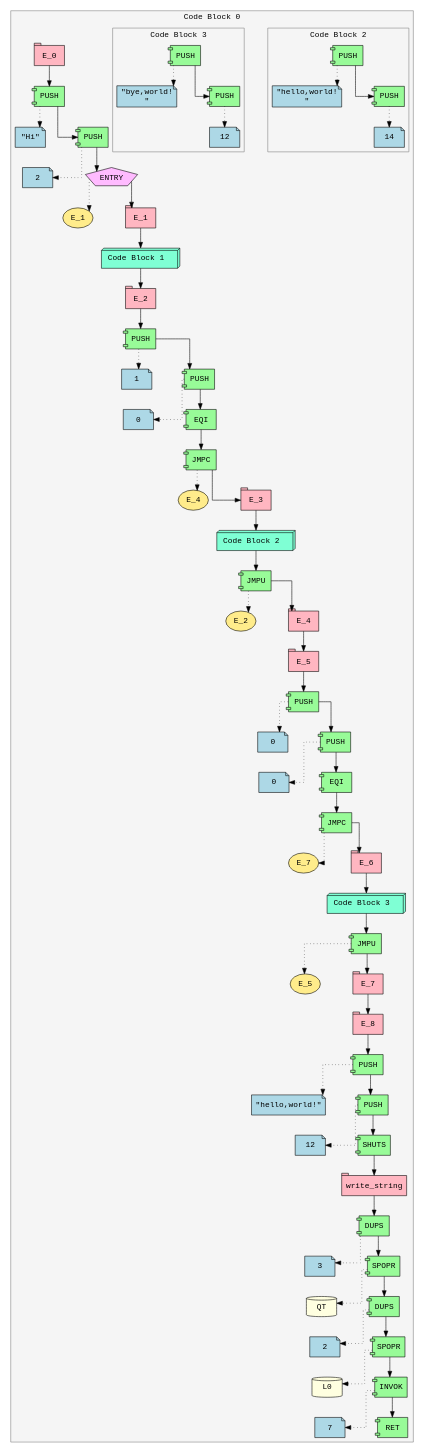
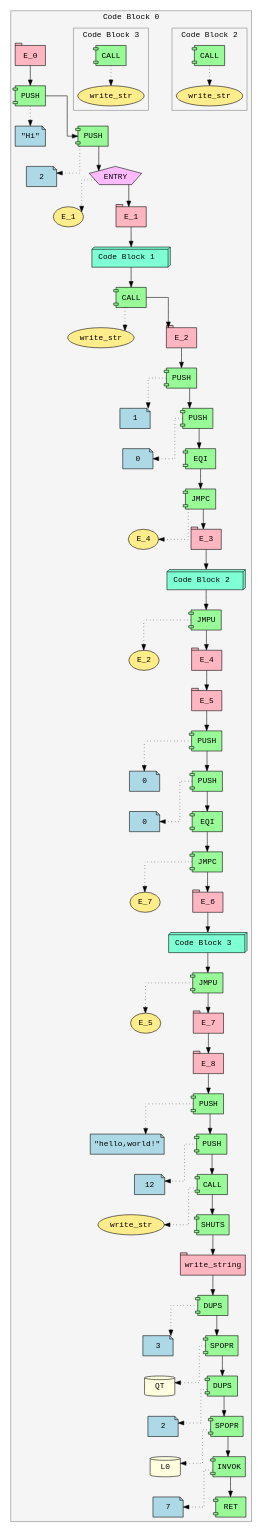
One commit to Soham-Metha/IICT_Segfault_2025 changed the diagram in ir.dot. Above: the diagram before and after it, drawn with Graphviz. The commit also changed 2 other files, not shown here.

```diff
--- a/ir.dot
+++ b/ir.dot
@@ -1,152 +1,152 @@
 digraph ir {
 splines=ortho;
 nodesep=0.8;
 ranksep=0.5;
 subgraph cluster_0 {
 label="Code Block 0 ";
 style=filled;
 color=gray;
 fillcolor=whitesmoke;
 fontname="Courier";
 Expr_1 [shape=tab style=filled fillcolor=lightpink fontname="Courier" label="E_0"]
 Expr_2 [shape=component style=filled fillcolor=palegreen fontname="Courier" label="PUSH"]
 Expr_3 [shape=note style=filled fillcolor=lightblue fontname="Courier" label="\"Hi\""]
 Expr_2 -> Expr_3 [style=dotted]
 Expr_1 -> Expr_2;
 Expr_4 [shape=component style=filled fillcolor=palegreen fontname="Courier" label="PUSH"]
 Expr_5 [shape=note style=filled fillcolor=lightblue fontname="Courier" label="2"]
 Expr_4 -> Expr_5 [style=dotted]
 Expr_2 -> Expr_4;
 Expr_6 [shape=pentagon style=filled fillcolor=plum1 fontname="Courier" label="ENTRY"]
 Expr_7 [shape=ellipse style=filled fillcolor=lightgoldenrod1 fontname="Courier" label="E_1"]
 Expr_6 -> Expr_7 [style=dotted]
 Expr_4 -> Expr_6;
 Expr_8 [shape=tab style=filled fillcolor=lightpink fontname="Courier" label="E_1"]
 Expr_6 -> Expr_8;
 subgraph cluster_9 {
 label="Code Block 1 ";
 style=filled;
 color=gray;
 fillcolor=whitesmoke;
 fontname="Courier";
 }
 Expr_9 [shape=box3d style=filled fillcolor=aquamarine fontname="Courier" label=" Code Block 1  "]
 Expr_8 -> Expr_9;
-Expr_10 [shape=tab style=filled fillcolor=lightpink fontname="Courier" label="E_2"]
+Expr_10 [shape=component style=filled fillcolor=palegreen fontname="Courier" label="CALL"]
+Expr_11 [shape=ellipse style=filled fillcolor=lightgoldenrod1 fontname="Courier" label="write_str"]
+Expr_10 -> Expr_11 [style=dotted]
 Expr_9 -> Expr_10;
-Expr_11 [shape=component style=filled fillcolor=palegreen fontname="Courier" label="PUSH"]
-Expr_12 [shape=note style=filled fillcolor=lightblue fontname="Courier" label="1"]
-Expr_11 -> Expr_12 [style=dotted]
-Expr_10 -> Expr_11;
+Expr_12 [shape=tab style=filled fillcolor=lightpink fontname="Courier" label="E_2"]
+Expr_10 -> Expr_12;
 Expr_13 [shape=component style=filled fillcolor=palegreen fontname="Courier" label="PUSH"]
-Expr_14 [shape=note style=filled fillcolor=lightblue fontname="Courier" label="0"]
+Expr_14 [shape=note style=filled fillcolor=lightblue fontname="Courier" label="1"]
 Expr_13 -> Expr_14 [style=dotted]
-Expr_11 -> Expr_13;
-Expr_15 [shape=component style=filled fillcolor=palegreen fontname="Courier" label="EQI"]
+Expr_12 -> Expr_13;
+Expr_15 [shape=component style=filled fillcolor=palegreen fontname="Courier" label="PUSH"]
+Expr_16 [shape=note style=filled fillcolor=lightblue fontname="Courier" label="0"]
+Expr_15 -> Expr_16 [style=dotted]
 Expr_13 -> Expr_15;
-Expr_16 [shape=component style=filled fillcolor=palegreen fontname="Courier" label="JMPC"]
-Expr_17 [shape=ellipse style=filled fillcolor=lightgoldenrod1 fontname="Courier" label="E_4"]
-Expr_16 -> Expr_17 [style=dotted]
-Expr_15 -> Expr_16;
-Expr_18 [shape=tab style=filled fillcolor=lightpink fontname="Courier" label="E_3"]
-Expr_16 -> Expr_18;
-subgraph cluster_19 {
+Expr_17 [shape=component style=filled fillcolor=palegreen fontname="Courier" label="EQI"]
+Expr_15 -> Expr_17;
+Expr_18 [shape=component style=filled fillcolor=palegreen fontname="Courier" label="JMPC"]
+Expr_19 [shape=ellipse style=filled fillcolor=lightgoldenrod1 fontname="Courier" label="E_4"]
+Expr_18 -> Expr_19 [style=dotted]
+Expr_17 -> Expr_18;
+Expr_20 [shape=tab style=filled fillcolor=lightpink fontname="Courier" label="E_3"]
+Expr_18 -> Expr_20;
+subgraph cluster_21 {
 label="Code Block 2 ";
 style=filled;
 color=gray;
 fillcolor=whitesmoke;
 fontname="Courier";
-Expr_20 [shape=component style=filled fillcolor=palegreen fontname="Courier" label="PUSH"]
-Expr_21 [shape=note style=filled fillcolor=lightblue fontname="Courier" label="\"hello,world!\n\""]
-Expr_20 -> Expr_21 [style=dotted]
-Expr_22 [shape=component style=filled fillcolor=palegreen fontname="Courier" label="PUSH"]
-Expr_23 [shape=note style=filled fillcolor=lightblue fontname="Courier" label="14"]
+Expr_22 [shape=component style=filled fillcolor=palegreen fontname="Courier" label="CALL"]
+Expr_23 [shape=ellipse style=filled fillcolor=lightgoldenrod1 fontname="Courier" label="write_str"]
 Expr_22 -> Expr_23 [style=dotted]
-Expr_20 -> Expr_22;
 }
-Expr_19 [shape=box3d style=filled fillcolor=aquamarine fontname="Courier" label=" Code Block 2  "]
-Expr_18 -> Expr_19;
+Expr_21 [shape=box3d style=filled fillcolor=aquamarine fontname="Courier" label=" Code Block 2  "]
+Expr_20 -> Expr_21;
 Expr_24 [shape=component style=filled fillcolor=palegreen fontname="Courier" label="JMPU"]
 Expr_25 [shape=ellipse style=filled fillcolor=lightgoldenrod1 fontname="Courier" label="E_2"]
 Expr_24 -> Expr_25 [style=dotted]
-Expr_19 -> Expr_24;
+Expr_21 -> Expr_24;
 Expr_26 [shape=tab style=filled fillcolor=lightpink fontname="Courier" label="E_4"]
 Expr_24 -> Expr_26;
 Expr_27 [shape=tab style=filled fillcolor=lightpink fontname="Courier" label="E_5"]
 Expr_26 -> Expr_27;
 Expr_28 [shape=component style=filled fillcolor=palegreen fontname="Courier" label="PUSH"]
 Expr_29 [shape=note style=filled fillcolor=lightblue fontname="Courier" label="0"]
 Expr_28 -> Expr_29 [style=dotted]
 Expr_27 -> Expr_28;
 Expr_30 [shape=component style=filled fillcolor=palegreen fontname="Courier" label="PUSH"]
 Expr_31 [shape=note style=filled fillcolor=lightblue fontname="Courier" label="0"]
 Expr_30 -> Expr_31 [style=dotted]
 Expr_28 -> Expr_30;
 Expr_32 [shape=component style=filled fillcolor=palegreen fontname="Courier" label="EQI"]
 Expr_30 -> Expr_32;
 Expr_33 [shape=component style=filled fillcolor=palegreen fontname="Courier" label="JMPC"]
 Expr_34 [shape=ellipse style=filled fillcolor=lightgoldenrod1 fontname="Courier" label="E_7"]
 Expr_33 -> Expr_34 [style=dotted]
 Expr_32 -> Expr_33;
 Expr_35 [shape=tab style=filled fillcolor=lightpink fontname="Courier" label="E_6"]
 Expr_33 -> Expr_35;
 subgraph cluster_36 {
 label="Code Block 3 ";
 style=filled;
 color=gray;
 fillcolor=whitesmoke;
 fontname="Courier";
-Expr_37 [shape=component style=filled fillcolor=palegreen fontname="Courier" label="PUSH"]
-Expr_38 [shape=note style=filled fillcolor=lightblue fontname="Courier" label="\"bye,world!\n\""]
+Expr_37 [shape=component style=filled fillcolor=palegreen fontname="Courier" label="CALL"]
+Expr_38 [shape=ellipse style=filled fillcolor=lightgoldenrod1 fontname="Courier" label="write_str"]
 Expr_37 -> Expr_38 [style=dotted]
-Expr_39 [shape=component style=filled fillcolor=palegreen fontname="Courier" label="PUSH"]
-Expr_40 [shape=note style=filled fillcolor=lightblue fontname="Courier" label="12"]
-Expr_39 -> Expr_40 [style=dotted]
-Expr_37 -> Expr_39;
 }
 Expr_36 [shape=box3d style=filled fillcolor=aquamarine fontname="Courier" label=" Code Block 3  "]
 Expr_35 -> Expr_36;
-Expr_41 [shape=component style=filled fillcolor=palegreen fontname="Courier" label="JMPU"]
-Expr_42 [shape=ellipse style=filled fillcolor=lightgoldenrod1 fontname="Courier" label="E_5"]
-Expr_41 -> Expr_42 [style=dotted]
-Expr_36 -> Expr_41;
-Expr_43 [shape=tab style=filled fillcolor=lightpink fontname="Courier" label="E_7"]
-Expr_41 -> Expr_43;
-Expr_44 [shape=tab style=filled fillcolor=lightpink fontname="Courier" label="E_8"]
-Expr_43 -> Expr_44;
+Expr_39 [shape=component style=filled fillcolor=palegreen fontname="Courier" label="JMPU"]
+Expr_40 [shape=ellipse style=filled fillcolor=lightgoldenrod1 fontname="Courier" label="E_5"]
+Expr_39 -> Expr_40 [style=dotted]
+Expr_36 -> Expr_39;
+Expr_41 [shape=tab style=filled fillcolor=lightpink fontname="Courier" label="E_7"]
+Expr_39 -> Expr_41;
+Expr_42 [shape=tab style=filled fillcolor=lightpink fontname="Courier" label="E_8"]
+Expr_41 -> Expr_42;
+Expr_43 [shape=component style=filled fillcolor=palegreen fontname="Courier" label="PUSH"]
+Expr_44 [shape=note style=filled fillcolor=lightblue fontname="Courier" label="\"hello,world!\""]
+Expr_43 -> Expr_44 [style=dotted]
+Expr_42 -> Expr_43;
 Expr_45 [shape=component style=filled fillcolor=palegreen fontname="Courier" label="PUSH"]
-Expr_46 [shape=note style=filled fillcolor=lightblue fontname="Courier" label="\"hello,world!\""]
+Expr_46 [shape=note style=filled fillcolor=lightblue fontname="Courier" label="12"]
 Expr_45 -> Expr_46 [style=dotted]
-Expr_44 -> Expr_45;
-Expr_47 [shape=component style=filled fillcolor=palegreen fontname="Courier" label="PUSH"]
-Expr_48 [shape=note style=filled fillcolor=lightblue fontname="Courier" label="12"]
+Expr_43 -> Expr_45;
+Expr_47 [shape=component style=filled fillcolor=palegreen fontname="Courier" label="CALL"]
+Expr_48 [shape=ellipse style=filled fillcolor=lightgoldenrod1 fontname="Courier" label="write_str"]
 Expr_47 -> Expr_48 [style=dotted]
 Expr_45 -> Expr_47;
 Expr_49 [shape=component style=filled fillcolor=palegreen fontname="Courier" label="SHUTS"]
 Expr_47 -> Expr_49;
 Expr_50 [shape=tab style=filled fillcolor=lightpink fontname="Courier" label="write_string"]
 Expr_49 -> Expr_50;
 Expr_51 [shape=component style=filled fillcolor=palegreen fontname="Courier" label="DUPS"]
 Expr_52 [shape=note style=filled fillcolor=lightblue fontname="Courier" label="3"]
 Expr_51 -> Expr_52 [style=dotted]
 Expr_50 -> Expr_51;
 Expr_53 [shape=component style=filled fillcolor=palegreen fontname="Courier" label="SPOPR"]
 Expr_54 [shape=cylinder style=filled fillcolor=lightyellow fontname="Courier" label="QT"]
 Expr_53 -> Expr_54 [style=dotted]
 Expr_51 -> Expr_53;
 Expr_55 [shape=component style=filled fillcolor=palegreen fontname="Courier" label="DUPS"]
 Expr_56 [shape=note style=filled fillcolor=lightblue fontname="Courier" label="2"]
 Expr_55 -> Expr_56 [style=dotted]
 Expr_53 -> Expr_55;
 Expr_57 [shape=component style=filled fillcolor=palegreen fontname="Courier" label="SPOPR"]
 Expr_58 [shape=cylinder style=filled fillcolor=lightyellow fontname="Courier" label="L0"]
 Expr_57 -> Expr_58 [style=dotted]
 Expr_55 -> Expr_57;
 Expr_59 [shape=component style=filled fillcolor=palegreen fontname="Courier" label="INVOK"]
 Expr_60 [shape=note style=filled fillcolor=lightblue fontname="Courier" label="7"]
 Expr_59 -> Expr_60 [style=dotted]
 Expr_57 -> Expr_59;
 Expr_61 [shape=component style=filled fillcolor=palegreen fontname="Courier" label="RET"]
 Expr_59 -> Expr_61;
 }
 }
```
